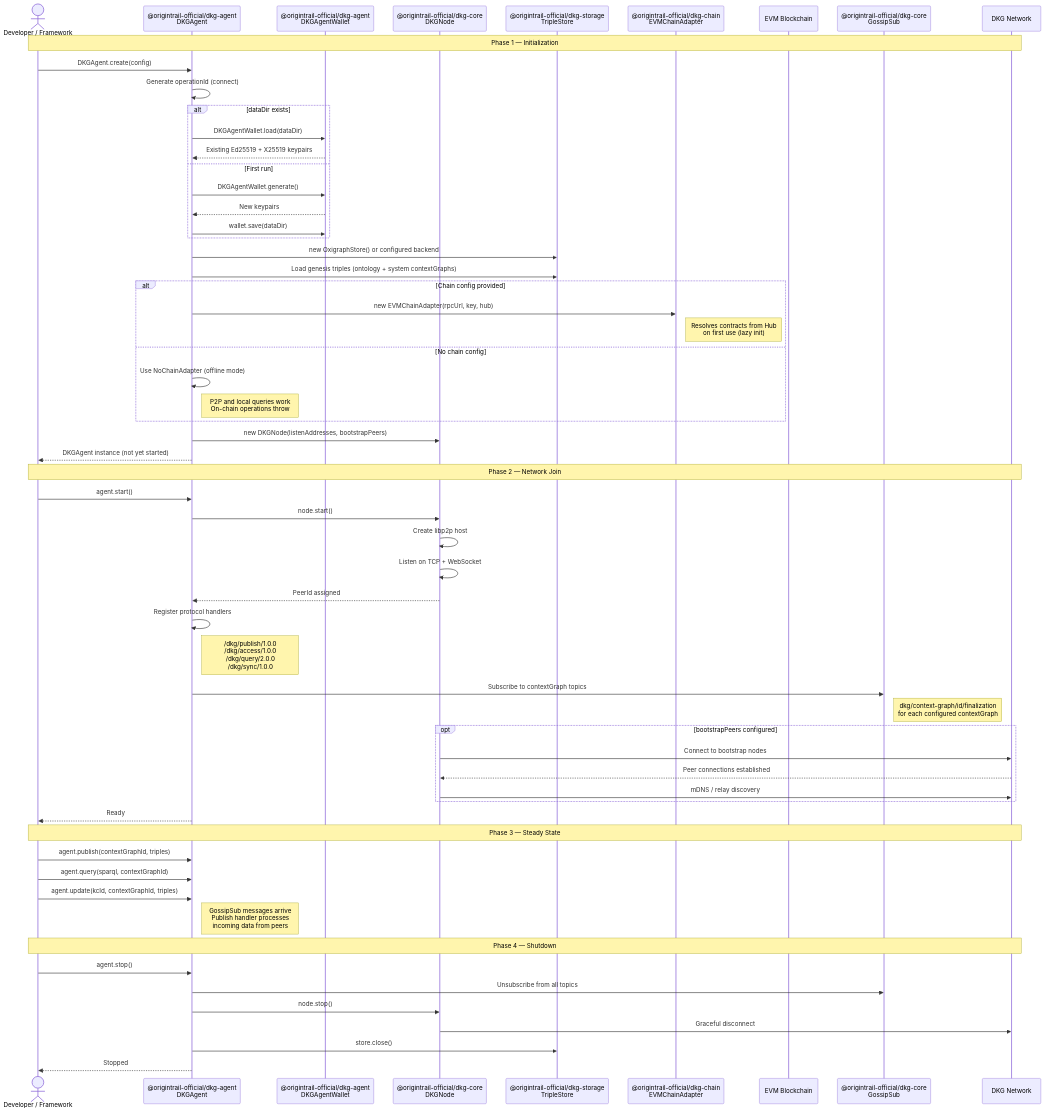
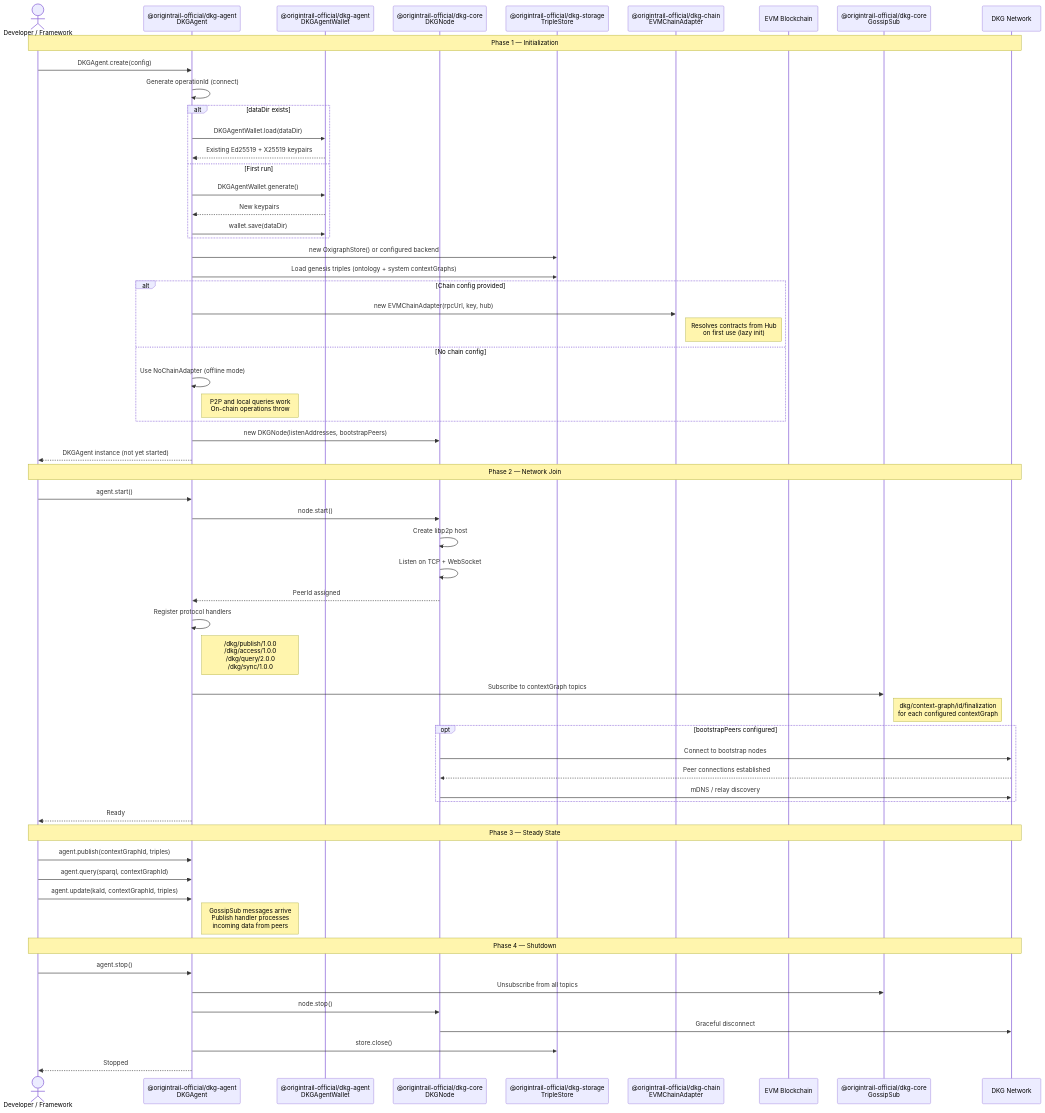
The diagram in docs/diagrams/agent-lifecycle.md (KilianTrunk/dkg), drawn with Mermaid before and after one commit. The commit also changed 122 other files, not shown here.

````diff
--- a/docs/diagrams/agent-lifecycle.md
+++ b/docs/diagrams/agent-lifecycle.md
@@ -8,79 +8,79 @@
 ```mermaid
 sequenceDiagram
     actor Dev as Developer / Framework
     participant Agent as @origintrail-official/dkg-agent<br/>DKGAgent
     participant Wallet as @origintrail-official/dkg-agent<br/>DKGAgentWallet
     participant Node as @origintrail-official/dkg-core<br/>DKGNode
     participant Store as @origintrail-official/dkg-storage<br/>TripleStore
     participant Chain as @origintrail-official/dkg-chain<br/>EVMChainAdapter
     participant EVM as EVM Blockchain
     participant Gossip as @origintrail-official/dkg-core<br/>GossipSub
     participant Peers as DKG Network
 
     Note over Dev,Peers: Phase 1 — Initialization
 
     Dev ->> Agent: DKGAgent.create(config)
     Agent ->> Agent: Generate operationId (connect)
 
     alt dataDir exists
         Agent ->> Wallet: DKGAgentWallet.load(dataDir)
         Wallet -->> Agent: Existing Ed25519 + X25519 keypairs
     else First run
         Agent ->> Wallet: DKGAgentWallet.generate()
         Wallet -->> Agent: New keypairs
         Agent ->> Wallet: wallet.save(dataDir)
     end
 
     Agent ->> Store: new OxigraphStore() or configured backend
     Agent ->> Store: Load genesis triples (ontology + system contextGraphs)
 
     alt Chain config provided
         Agent ->> Chain: new EVMChainAdapter(rpcUrl, key, hub)
         Note right of Chain: Resolves contracts from Hub<br/>on first use (lazy init)
     else No chain config
         Agent ->> Agent: Use NoChainAdapter (offline mode)
         Note right of Agent: P2P and local queries work<br/>On-chain operations throw
     end
 
     Agent ->> Node: new DKGNode(listenAddresses, bootstrapPeers)
     Agent -->> Dev: DKGAgent instance (not yet started)
 
     Note over Dev,Peers: Phase 2 — Network Join
 
     Dev ->> Agent: agent.start()
     Agent ->> Node: node.start()
     Node ->> Node: Create libp2p host
     Node ->> Node: Listen on TCP + WebSocket
     Node -->> Agent: PeerId assigned
 
     Agent ->> Agent: Register protocol handlers
     Note right of Agent: /dkg/publish/1.0.0<br/>/dkg/access/1.0.0<br/>/dkg/query/2.0.0<br/>/dkg/sync/1.0.0
 
     Agent ->> Gossip: Subscribe to contextGraph topics
     Note right of Gossip: dkg/context-graph/id/finalization<br/>for each configured contextGraph
 
     opt bootstrapPeers configured
         Node ->> Peers: Connect to bootstrap nodes
         Peers -->> Node: Peer connections established
         Node ->> Peers: mDNS / relay discovery
     end
 
     Agent -->> Dev: Ready
 
     Note over Dev,Peers: Phase 3 — Steady State
 
     Dev ->> Agent: agent.publish(contextGraphId, triples)
     Dev ->> Agent: agent.query(sparql, contextGraphId)
-    Dev ->> Agent: agent.update(kcId, contextGraphId, triples)
+    Dev ->> Agent: agent.update(kaId, contextGraphId, triples)
 
     Note right of Agent: GossipSub messages arrive<br/>Publish handler processes<br/>incoming data from peers
 
     Note over Dev,Peers: Phase 4 — Shutdown
 
     Dev ->> Agent: agent.stop()
     Agent ->> Gossip: Unsubscribe from all topics
     Agent ->> Node: node.stop()
     Node ->> Peers: Graceful disconnect
     Agent ->> Store: store.close()
     Agent -->> Dev: Stopped
 ```
````
